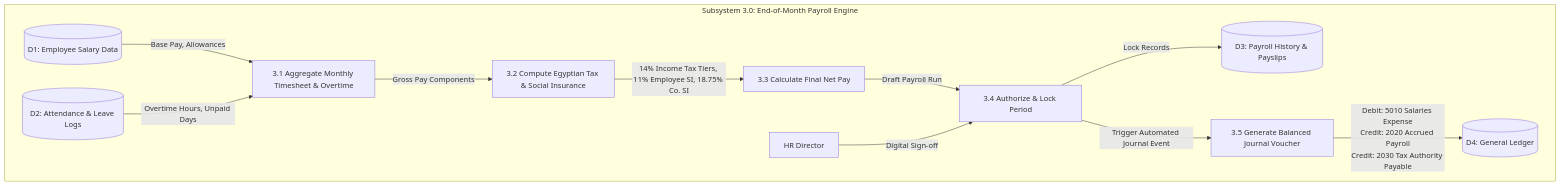
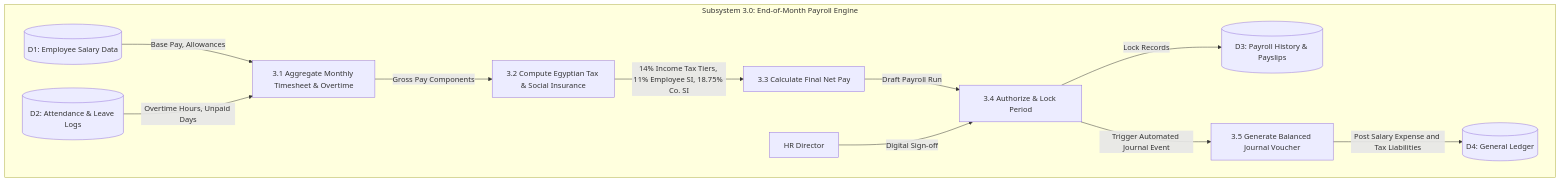
The fourth of 6 diagrams in docs/02_PROCESS_MODELING_DFD.md (Saifahmed3993/ERP-System-with-AI), drawn with Mermaid before and after one commit. The commit also changed other lines of this file and 2 other files, not shown here.

Commit message:
fix(docs): resolve Mermaid syntax errors in arrow labels and component flowchart

````diff
--- a/docs/02_PROCESS_MODELING_DFD.md
+++ b/docs/02_PROCESS_MODELING_DFD.md
@@ -191,18 +191,18 @@
 ```mermaid
 flowchart TD
     subgraph "Subsystem 3.0: End-of-Month Payroll Engine"
         D1[("D1: Employee Salary Data")] -->|Base Pay, Allowances| P3_1["3.1 Aggregate Monthly Timesheet & Overtime"]
         D2[("D2: Attendance & Leave Logs")] -->|Overtime Hours, Unpaid Days| P3_1
         
         P3_1 -->|Gross Pay Components| P3_2["3.2 Compute Egyptian Tax & Social Insurance"]
         P3_2 -->|14% Income Tax Tiers, 11% Employee SI, 18.75% Co. SI| P3_3["3.3 Calculate Final Net Pay"]
         
         P3_3 -->|Draft Payroll Run| P3_4["3.4 Authorize & Lock Period"]
         HRM["HR Director"] -->|Digital Sign-off| P3_4
         
         P3_4 -->|Lock Records| D3[("D3: Payroll History & Payslips")]
         P3_4 -->|Trigger Automated Journal Event| P3_5["3.5 Generate Balanced Journal Voucher"]
         
-        P3_5 -->|Debit: 5010 Salaries Expense<br/>Credit: 2020 Accrued Payroll<br/>Credit: 2030 Tax Authority Payable| D4[("D4: General Ledger")]
+        P3_5 -->|Post Salary Expense and Tax Liabilities| D4[("D4: General Ledger")]
     end
 ```
````
